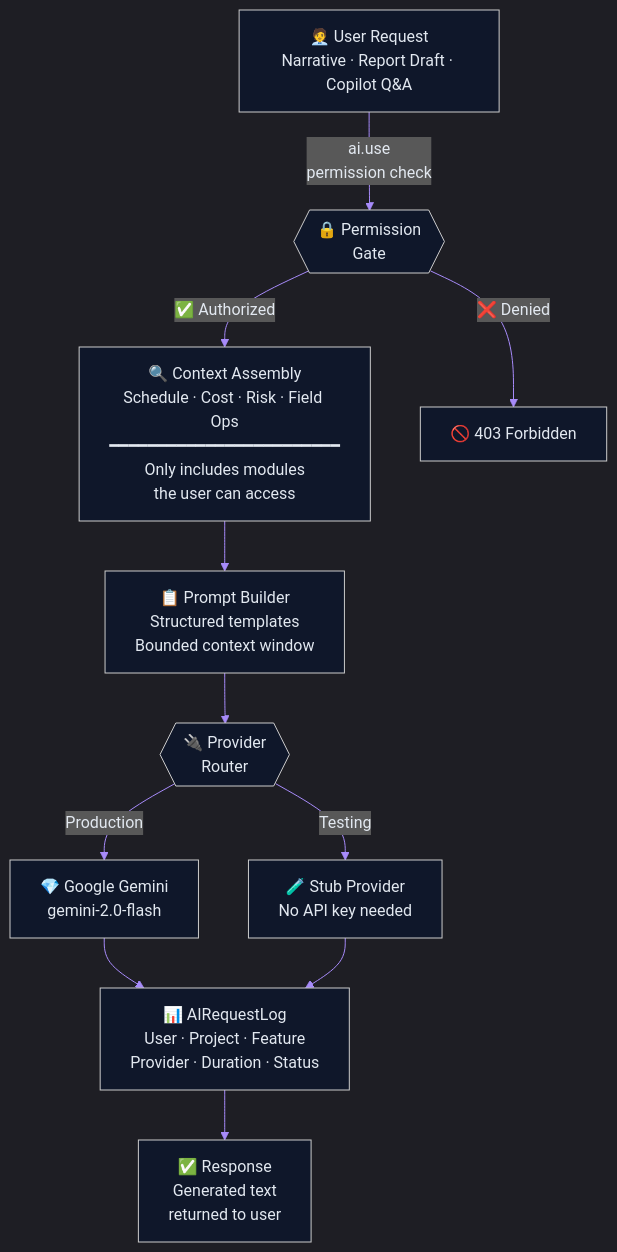
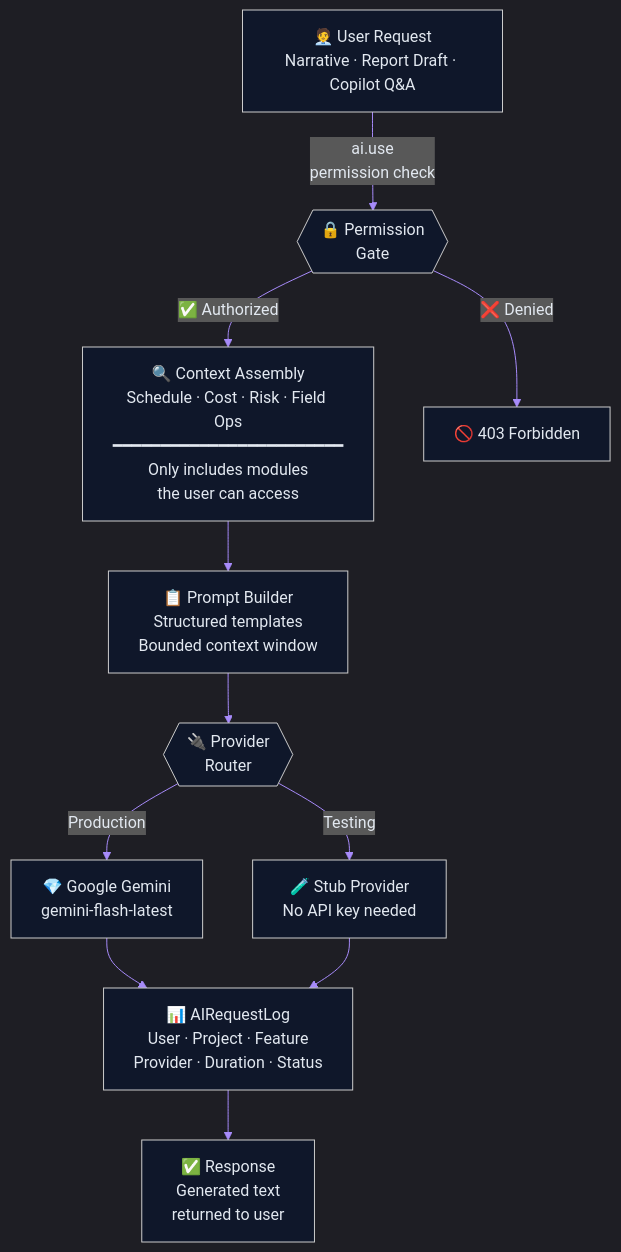
The sixth of 6 diagrams in README.md (Isaac25-lgtm/CONSTRUCTION-MANAGEMENT-SYSTEM), drawn with Mermaid before and after one commit. The commit also changed 5 other files, not shown here.

First line of the commit message:
Switch AI model to gemini-flash-latest

````diff
--- a/README.md
+++ b/README.md
@@ -233,23 +233,23 @@
 ```mermaid
 %%{init: {'theme': 'dark', 'themeVariables': {'fontSize': '16px', 'primaryColor': '#8b5cf6', 'primaryBorderColor': '#a78bfa', 'lineColor': '#a78bfa', 'textColor': '#e2e8f0', 'mainBkg': '#0f172a'}}}%%
 flowchart TB
     REQ["🧑‍💼 User Request\nNarrative · Report Draft · Copilot Q&A"]
 
     REQ -->|"ai.use\npermission check"| GATE{{"🔒 Permission\nGate"}}
 
     GATE -->|"✅ Authorized"| CTX["🔍 Context Assembly\nSchedule · Cost · Risk · Field Ops\n━━━━━━━━━━━━━━━━━━━━━━━━\nOnly includes modules\nthe user can access"]
 
     GATE -->|"❌ Denied"| DENY["🚫 403 Forbidden"]
 
     CTX --> PROMPT["📋 Prompt Builder\nStructured templates\nBounded context window"]
 
     PROMPT --> PROVIDER{{"🔌 Provider\nRouter"}}
 
-    PROVIDER -->|"Production"| GEMINI["💎 Google Gemini\ngemini-2.0-flash"]
+    PROVIDER -->|"Production"| GEMINI["💎 Google Gemini\ngemini-flash-latest"]
     PROVIDER -->|"Testing"| STUB["🧪 Stub Provider\nNo API key needed"]
 
     GEMINI --> LOG["📊 AIRequestLog\nUser · Project · Feature\nProvider · Duration · Status"]
     STUB --> LOG
 
     LOG --> RESPONSE["✅ Response\nGenerated text\nreturned to user"]
 ```
````
